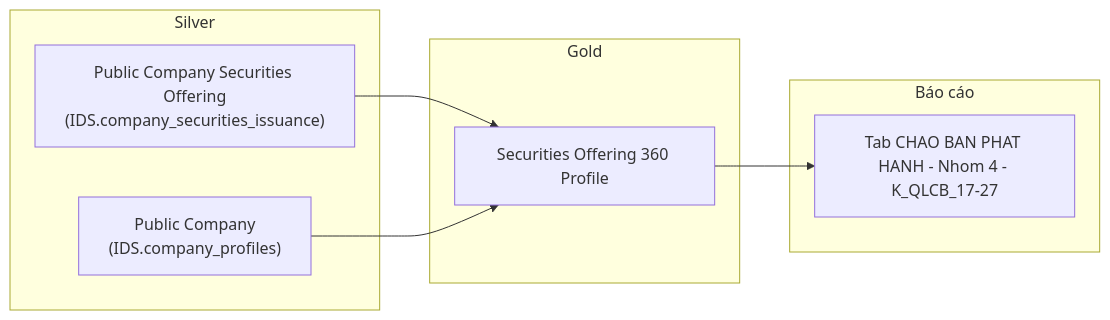
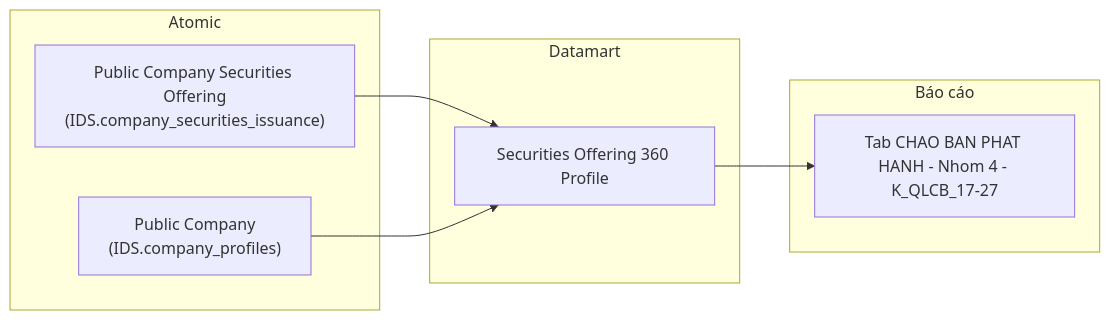
The ninth of 14 diagrams in Gold/hld/GOLD_QLCB_HLD.md (linhlvit/ubck_atomic_design), drawn with Mermaid before and after one commit. The commit also changed other lines of this file and 8 other files, not shown here.

````diff
--- a/Gold/hld/GOLD_QLCB_HLD.md
+++ b/Gold/hld/GOLD_QLCB_HLD.md
@@ -428,16 +428,16 @@
 ```mermaid
 flowchart LR
-    subgraph SIL["Silver"]
+    subgraph SIL["Atomic"]
         SV1["Public Company Securities Offering\n(IDS.company_securities_issuance)"]
         SV2["Public Company\n(IDS.company_profiles)"]
     end
-    subgraph GOLD["Gold"]
+    subgraph GOLD["Datamart"]
         G1["Securities Offering 360 Profile"]
     end
     subgraph RPT["Báo cáo"]
         R4["Tab CHAO BAN PHAT HANH - Nhom 4 - K_QLCB_17-27"]
     end
     SV1 --> G1
     SV2 --> G1
     G1 --> R4
 ```
````
